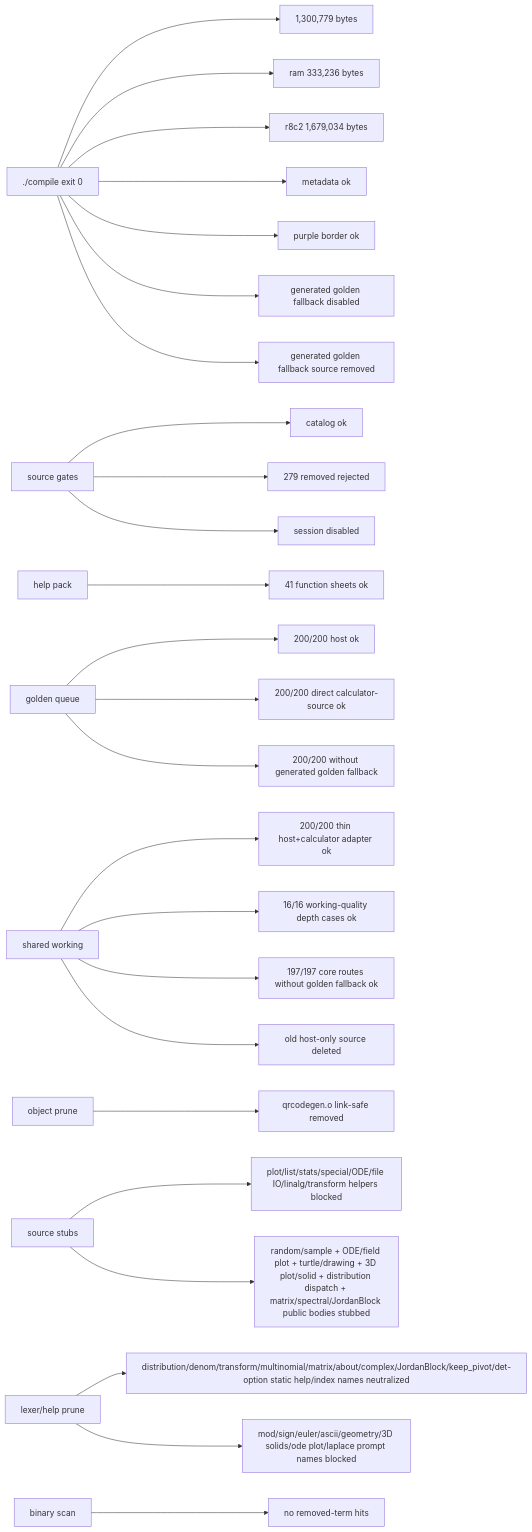
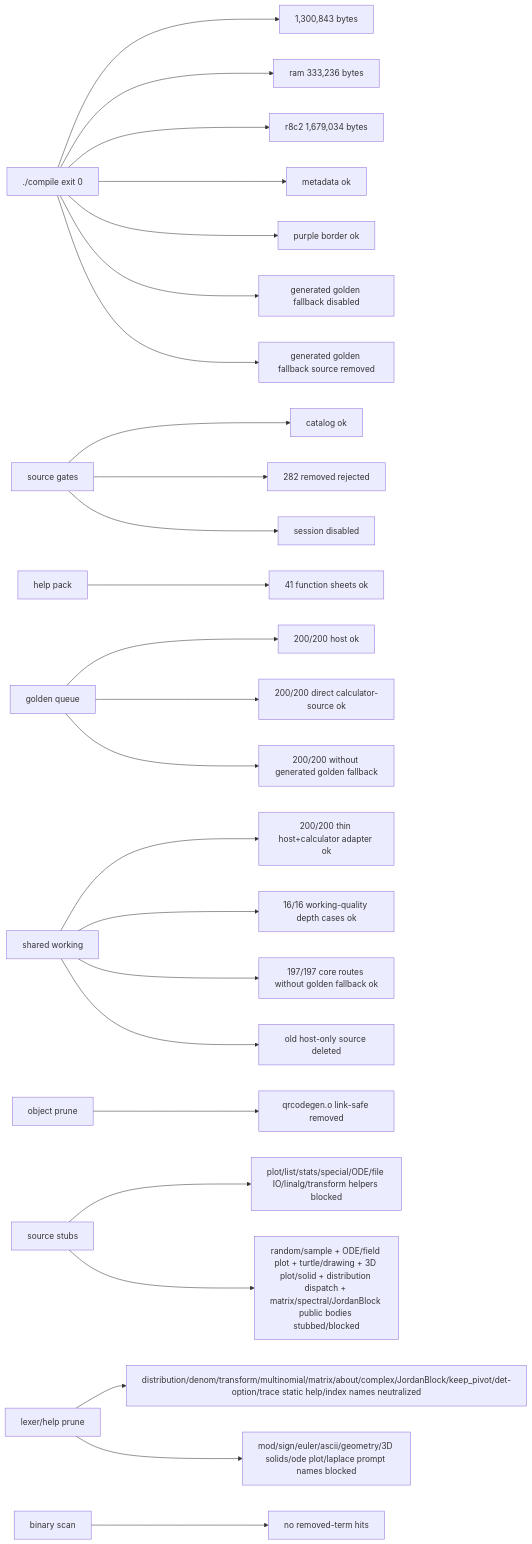
The seventh of 7 diagrams in docs/GRAPH.md (james8464/notes-addin-casio-fx-cg50), drawn with Mermaid before and after one commit. The commit also changed other lines of this file and 13 other files, not shown here.

Commit message:
prune: hide matrix trace helpers

````diff
--- a/docs/GRAPH.md
+++ b/docs/GRAPH.md
@@ -170,27 +170,27 @@
 ```mermaid
 graph LR
-  Build["./compile exit 0"] --> Size["1,300,779 bytes"]
+  Build["./compile exit 0"] --> Size["1,300,843 bytes"]
   Build --> Ram["ram 333,236 bytes"]
   Build --> R8C2["r8c2 1,679,034 bytes"]
   Build --> Meta["metadata ok"]
   Build --> Border["purple border ok"]
   Build --> NoRuntimeFallback["generated golden fallback disabled"]
   Build --> NoRuntimeSource["generated golden fallback source removed"]
   Source["source gates"] --> Catalog["catalog ok"]
-  Source --> Removed["279 removed rejected"]
+  Source --> Removed["282 removed rejected"]
   Source --> Session["session disabled"]
   Help["help pack"] --> HelpQ["41 function sheets ok"]
   Queue["golden queue"] --> QueueRun["200/200 host ok"]
   Queue --> GoldenRun["200/200 direct calculator-source ok"]
   Queue --> NoGolden["200/200 without generated golden fallback"]
   Shared["shared working"] --> SharedRun["200/200 thin host+calculator adapter ok"]
   Shared --> WorkQ["16/16 working-quality depth cases ok"]
   Shared --> CoreRun["197/197 core routes without golden fallback ok"]
   Shared --> NoHostSrc["old host-only source deleted"]
   Obj["object prune"] --> QR["qrcodegen.o link-safe removed"]
   Macro["source stubs"] --> Stubbed["plot/list/stats/special/ODE/file IO/linalg/transform helpers blocked"]
-  Macro --> RuntimeStubbed["random/sample + ODE/field plot + turtle/drawing + 3D plot/solid + distribution dispatch + matrix/spectral/JordanBlock public bodies stubbed"]
-  Static["lexer/help prune"] --> StaticRun["distribution/denom/transform/multinomial/matrix/about/complex/JordanBlock/keep_pivot/det-option static help/index names neutralized"]
+  Macro --> RuntimeStubbed["random/sample + ODE/field plot + turtle/drawing + 3D plot/solid + distribution dispatch + matrix/spectral/JordanBlock public bodies stubbed/blocked"]
+  Static["lexer/help prune"] --> StaticRun["distribution/denom/transform/multinomial/matrix/about/complex/JordanBlock/keep_pivot/det-option/trace static help/index names neutralized"]
   Static --> PromptRun["mod/sign/euler/ascii/geometry/3D solids/ode plot/laplace prompt names blocked"]
   Bin["binary scan"] --> NoLeak["no removed-term hits"]
 ```
````
